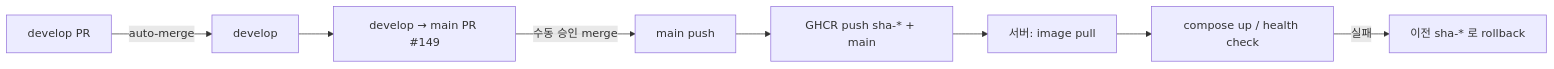
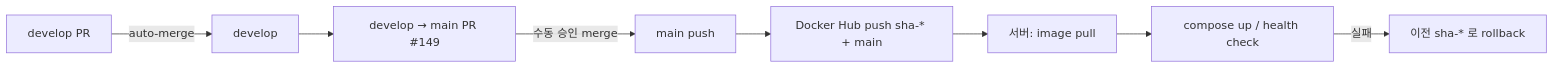
Before and after one commit to chorok447/dasida: the diagram in apps/api/docs/backend/deployment-strategy.md, drawn with Mermaid. The commit also changed other lines of this file and 10 other files, not shown here.

First line of the commit message:
ci: Docker Hub image publish workflow로 전환

````diff
--- a/apps/api/docs/backend/deployment-strategy.md
+++ b/apps/api/docs/backend/deployment-strategy.md
@@ -111,10 +118,10 @@
 ```mermaid
 flowchart LR
   A[develop PR] -->|auto-merge| B[develop]
   B --> C[develop → main PR #149]
   C -->|수동 승인 merge| D[main push]
-  D --> E[GHCR push sha-* + main]
+  D --> E[Docker Hub push sha-* + main]
   E --> F[서버: image pull]
   F --> G[compose up / health check]
   G -->|실패| H[이전 sha-* 로 rollback]
 ```
````
